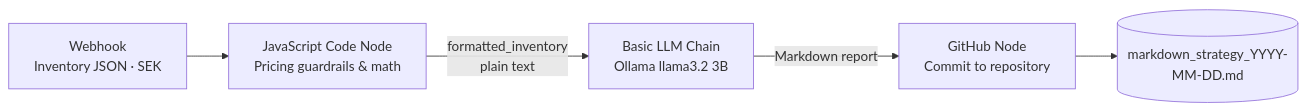
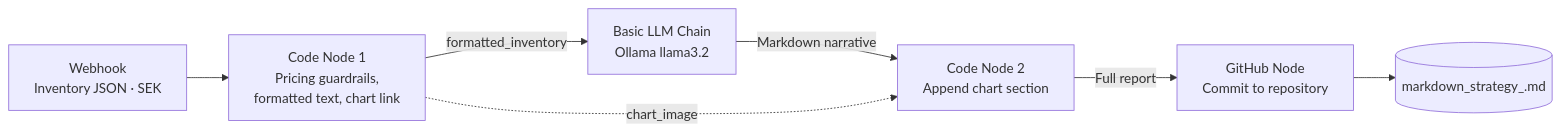
Before and after one commit to thivakar-allimuthu/enterprise-ai-lab: the diagram in case-studies/Autonomous-Pricing-Markdown/Readme.md, drawn with Mermaid. The commit also changed other lines of this file, not shown here.

First line of the commit message:
Revise README for Autonomous Pricing Agent updates

````diff
--- a/case-studies/Autonomous-Pricing-Markdown/Readme.md
+++ b/case-studies/Autonomous-Pricing-Markdown/Readme.md
@@ -43,7 +46,9 @@
 ```mermaid
 flowchart LR
-    A[Webhook<br/>Inventory JSON · SEK] --> B[JavaScript Code Node<br/>Pricing guardrails & math]
-    B -->|formatted_inventory<br/>plain text| C[Basic LLM Chain<br/>Ollama llama3.2 3B]
-    C -->|Markdown report| D[GitHub Node<br/>Commit to repository]
-    D --> E[(markdown_strategy_YYYY-MM-DD.md)]
+    A[Webhook<br/>Inventory JSON · SEK] --> B[Code Node 1<br/>Pricing guardrails,<br/>formatted text, chart link]
+    B -->|formatted_inventory| C[Basic LLM Chain<br/>Ollama llama3.2]
+    C -->|Markdown narrative| D[Code Node 2<br/>Append chart section]
+    B -.->|chart_image| D
+    D -->|Full report| E[GitHub Node<br/>Commit to repository]
+    E --> F[(markdown_strategy_<timestamp>.md)]
 ```
````
